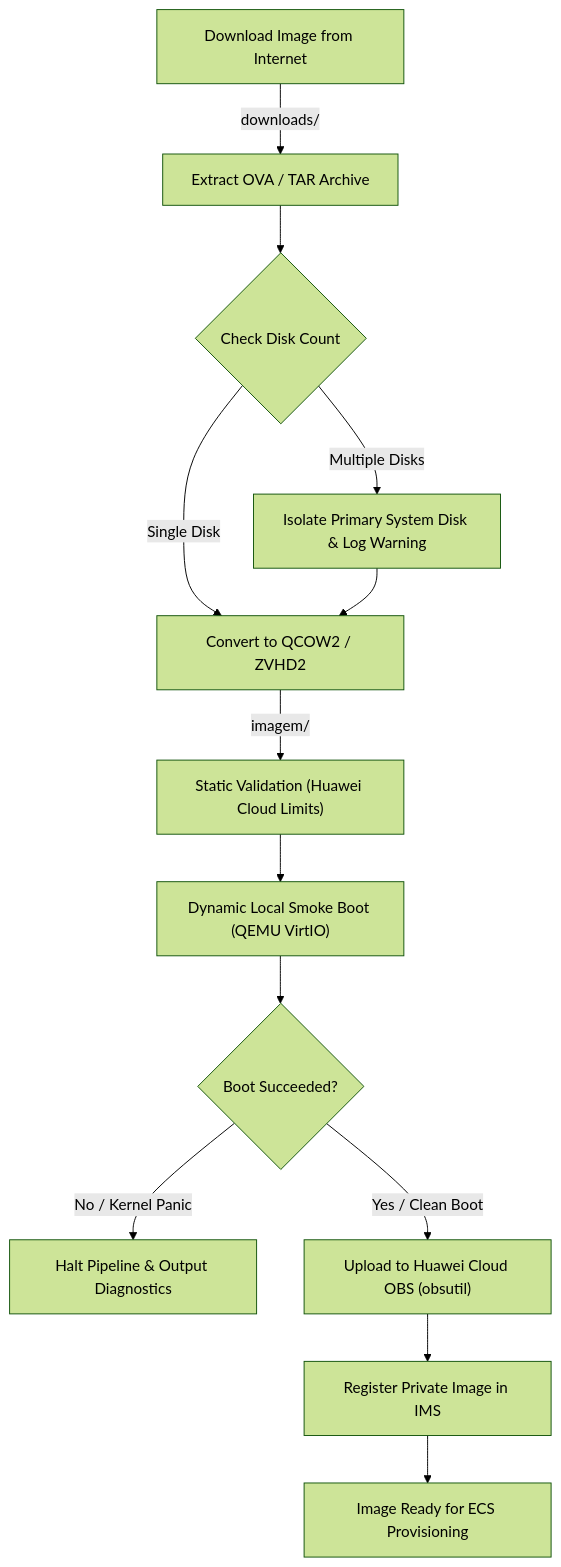
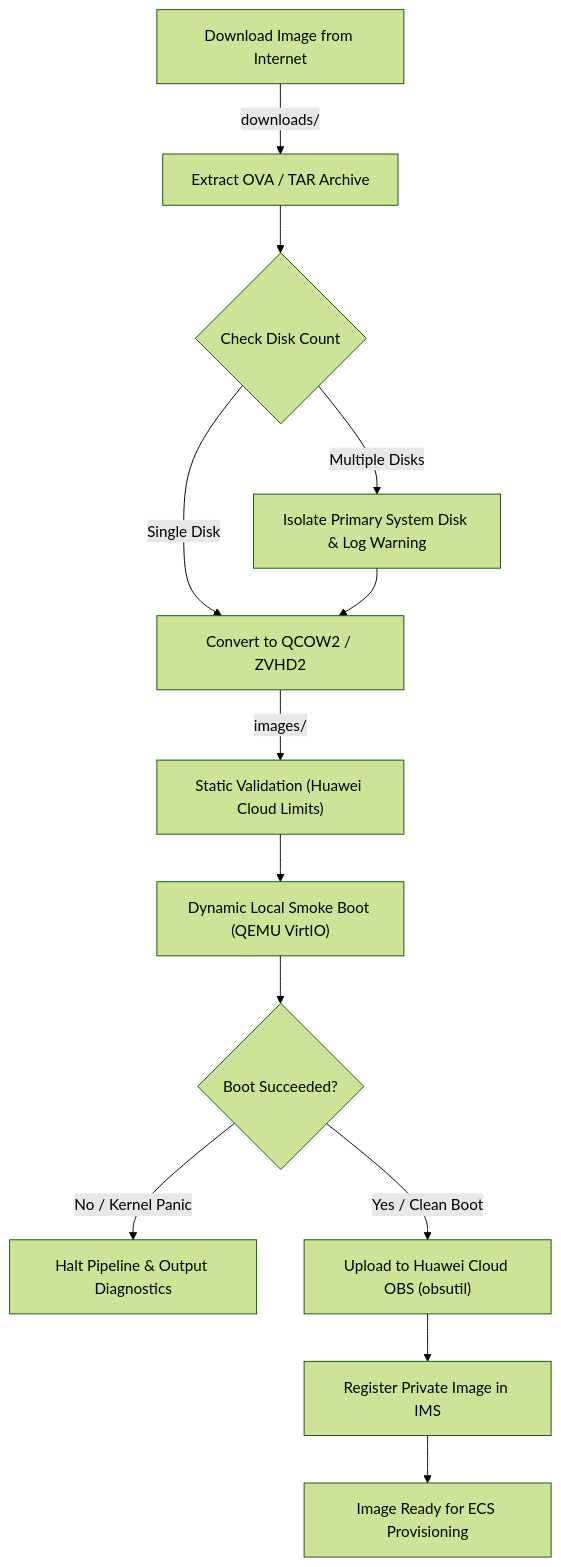
Before and after one commit to vinicius-cursi/IA-HCloud-IMS: the diagram in .agents/skills/ims-pipeline-orchestrator/references/workflow_guide.md, drawn with Mermaid (forest theme). The commit also changed 24 other files, not shown here.

````diff
--- a/.agents/skills/ims-pipeline-orchestrator/references/workflow_guide.md
+++ b/.agents/skills/ims-pipeline-orchestrator/references/workflow_guide.md
@@ -5,15 +5,15 @@
 ```mermaid
 flowchart TD
     A["Download Image from Internet"] -->|downloads/| B["Extract OVA / TAR Archive"]
     B --> C{"Check Disk Count"}
     C -->|Multiple Disks| D["Isolate Primary System Disk & Log Warning"]
     C -->|Single Disk| E["Convert to QCOW2 / ZVHD2"]
     D --> E
-    E -->|imagem/| F["Static Validation (Huawei Cloud Limits)"]
+    E -->|images/| F["Static Validation (Huawei Cloud Limits)"]
     F --> G["Dynamic Local Smoke Boot (QEMU VirtIO)"]
     G --> H{"Boot Succeeded?"}
     H -->|No / Kernel Panic| I["Halt Pipeline & Output Diagnostics"]
     H -->|Yes / Clean Boot| J["Upload to Huawei Cloud OBS (obsutil)"]
     J --> K["Register Private Image in IMS"]
     K --> L["Image Ready for ECS Provisioning"]
 ```
````
